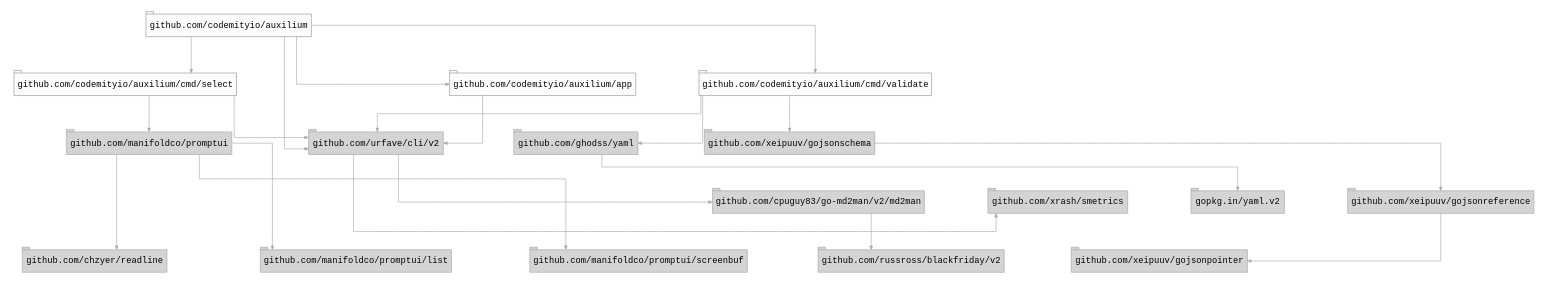
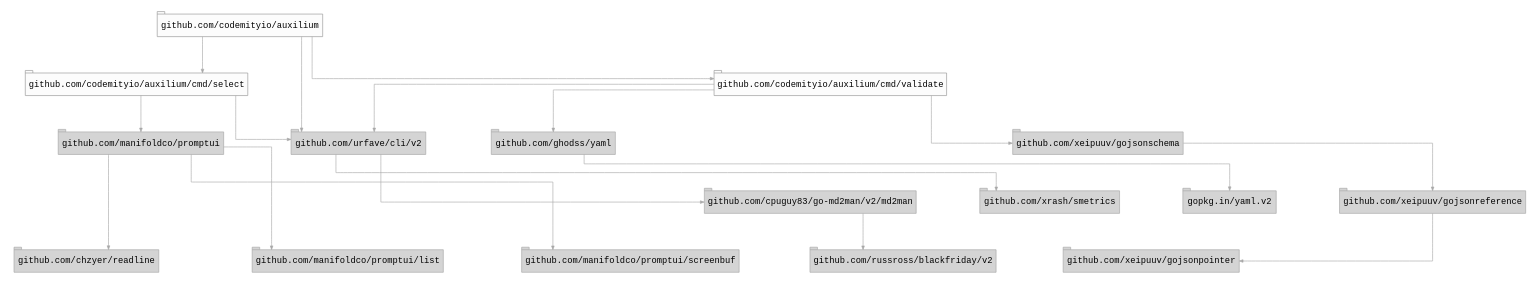
Before and after one commit to codemity/auxilium: the diagram in docs/depgraph.dot, drawn with Graphviz. The commit also changed 3 other files, not shown here.

```diff
--- a/docs/depgraph.dot
+++ b/docs/depgraph.dot
@@ -1,47 +1,44 @@
 digraph DepGraph {
     fontname="Courier New"
     splines="ortho"
     nodesep="1.4"
     ranksep="0.8"
     graph [rankdir="TB", pad="0.2"]
     node [shape="tab", fontname="Courier New", style="filled", fixedsize=false]
     edge [fontname="Courier New", color="grey66", arrowhead="normal", arrowtail="none", arrowsize="0.6", weight="0.5"]
     subgraph deps {
         "github.com/chzyer/readline" [label="github.com/chzyer/readline", color="gray65", fillcolor="gray83", penwidth=1]
         "github.com/codemityio/auxilium" [label="github.com/codemityio/auxilium", color="gray58", fillcolor="gray99", penwidth=1]
               "github.com/codemityio/auxilium" -> "github.com/codemityio/auxilium/cmd/select"
               "github.com/codemityio/auxilium" -> "github.com/codemityio/auxilium/cmd/validate"
-              "github.com/codemityio/auxilium" -> "github.com/codemityio/auxilium/internal/app"
               "github.com/codemityio/auxilium" -> "github.com/urfave/cli/v2"
         "github.com/codemityio/auxilium/cmd/select" [label="github.com/codemityio/auxilium/cmd/select", color="gray58", fillcolor="gray99", penwidth=1]
               "github.com/codemityio/auxilium/cmd/select" -> "github.com/manifoldco/promptui"
               "github.com/codemityio/auxilium/cmd/select" -> "github.com/urfave/cli/v2"
         "github.com/codemityio/auxilium/cmd/validate" [label="github.com/codemityio/auxilium/cmd/validate", color="gray58", fillcolor="gray99", penwidth=1]
               "github.com/codemityio/auxilium/cmd/validate" -> "github.com/ghodss/yaml"
               "github.com/codemityio/auxilium/cmd/validate" -> "github.com/urfave/cli/v2"
               "github.com/codemityio/auxilium/cmd/validate" -> "github.com/xeipuuv/gojsonschema"
-        "github.com/codemityio/auxilium/internal/app" [label="github.com/codemityio/auxilium/app", color="gray58", fillcolor="gray99", penwidth=1]
-              "github.com/codemityio/auxilium/internal/app" -> "github.com/urfave/cli/v2"
         "github.com/cpuguy83/go-md2man/v2/md2man" [label="github.com/cpuguy83/go-md2man/v2/md2man", color="gray65", fillcolor="gray83", penwidth=1]
               "github.com/cpuguy83/go-md2man/v2/md2man" -> "github.com/russross/blackfriday/v2"
         "github.com/ghodss/yaml" [label="github.com/ghodss/yaml", color="gray65", fillcolor="gray83", penwidth=1]
               "github.com/ghodss/yaml" -> "gopkg.in/yaml.v2"
         "github.com/manifoldco/promptui" [label="github.com/manifoldco/promptui", color="gray65", fillcolor="gray83", penwidth=1]
               "github.com/manifoldco/promptui" -> "github.com/chzyer/readline"
               "github.com/manifoldco/promptui" -> "github.com/manifoldco/promptui/list"
               "github.com/manifoldco/promptui" -> "github.com/manifoldco/promptui/screenbuf"
         "github.com/manifoldco/promptui/list" [label="github.com/manifoldco/promptui/list", color="gray65", fillcolor="gray83", penwidth=1]
         "github.com/manifoldco/promptui/screenbuf" [label="github.com/manifoldco/promptui/screenbuf", color="gray65", fillcolor="gray83", penwidth=1]
         "github.com/russross/blackfriday/v2" [label="github.com/russross/blackfriday/v2", color="gray65", fillcolor="gray83", penwidth=1]
         "github.com/urfave/cli/v2" [label="github.com/urfave/cli/v2", color="gray65", fillcolor="gray83", penwidth=1]
               "github.com/urfave/cli/v2" -> "github.com/cpuguy83/go-md2man/v2/md2man"
               "github.com/urfave/cli/v2" -> "github.com/xrash/smetrics"
         "github.com/xeipuuv/gojsonpointer" [label="github.com/xeipuuv/gojsonpointer", color="gray65", fillcolor="gray83", penwidth=1]
         "github.com/xeipuuv/gojsonreference" [label="github.com/xeipuuv/gojsonreference", color="gray65", fillcolor="gray83", penwidth=1]
               "github.com/xeipuuv/gojsonreference" -> "github.com/xeipuuv/gojsonpointer"
         "github.com/xeipuuv/gojsonschema" [label="github.com/xeipuuv/gojsonschema", color="gray65", fillcolor="gray83", penwidth=1]
               "github.com/xeipuuv/gojsonschema" -> "github.com/xeipuuv/gojsonreference"
         "github.com/xrash/smetrics" [label="github.com/xrash/smetrics", color="gray65", fillcolor="gray83", penwidth=1]
         "gopkg.in/yaml.v2" [label="gopkg.in/yaml.v2", color="gray65", fillcolor="gray83", penwidth=1]
     }
 }
```
